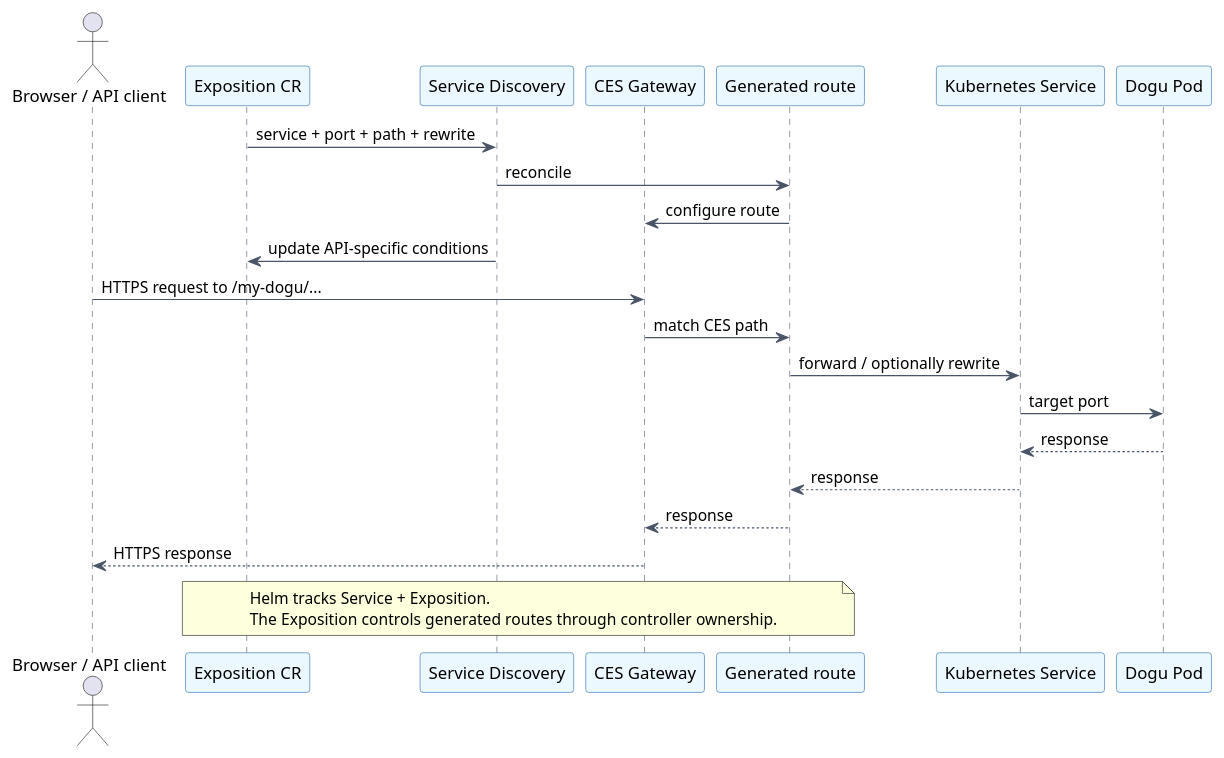
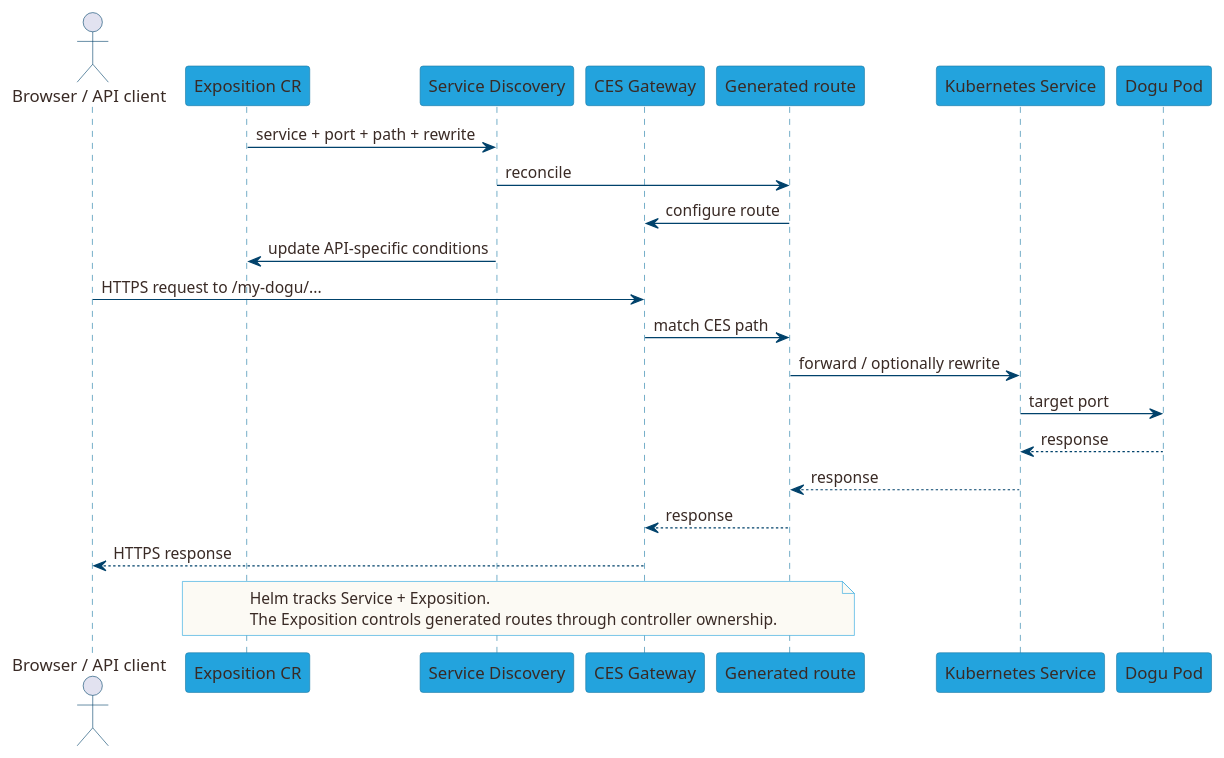
The diagram in docs/v3/images/multinode-request-routing.puml (cloudogu/dogu-development-docs), drawn with PlantUML before and after one commit. The commit also changed 7 other files, not shown here.

Commit message:
#88 Polish Dogu V3 partner documentation and diagrams

```diff
--- a/docs/v3/images/multinode-request-routing.puml
+++ b/docs/v3/images/multinode-request-routing.puml
@@ -1,38 +1,45 @@
 @startuml
 skinparam backgroundColor white
 skinparam shadowing false
+skinparam ActorBorderColor #00426B
+skinparam ActorFontColor #392A25
+skinparam NoteBackgroundColor #FCFAF4
+skinparam NoteBorderColor #23A3DD
+skinparam NoteFontColor #392A25
 skinparam sequence {
-  ArrowColor #4A5568
-  LifeLineBorderColor #4A5568
-  ParticipantBackgroundColor #EBF8FF
-  ParticipantBorderColor #2B6CB0
+  ArrowColor #00426B
+  ArrowFontColor #392A25
+  LifeLineBorderColor #1978A3
+  ParticipantBackgroundColor #23A3DD
+  ParticipantBorderColor #1978A3
+  ParticipantFontColor #392A25
 }
 
 actor "Browser / API client" as client
 participant "Exposition CR" as exposition
 participant "Service Discovery" as discovery
 participant "CES Gateway" as gateway
 participant "Generated route" as route
 participant "Kubernetes Service" as service
 participant "Dogu Pod" as pod
 
 exposition -> discovery : service + port + path + rewrite
 discovery -> route : reconcile
 route -> gateway : configure route
 discovery -> exposition : update API-specific conditions
 
 client -> gateway : HTTPS request to /my-dogu/...
 gateway -> route : match CES path
 route -> service : forward / optionally rewrite
 service -> pod : target port
 pod --> service : response
 service --> route : response
 route --> gateway : response
 gateway --> client : HTTPS response
 
 note over exposition,route
 Helm tracks Service + Exposition.
 The Exposition controls generated routes through controller ownership.
 end note
 
 @enduml
```
